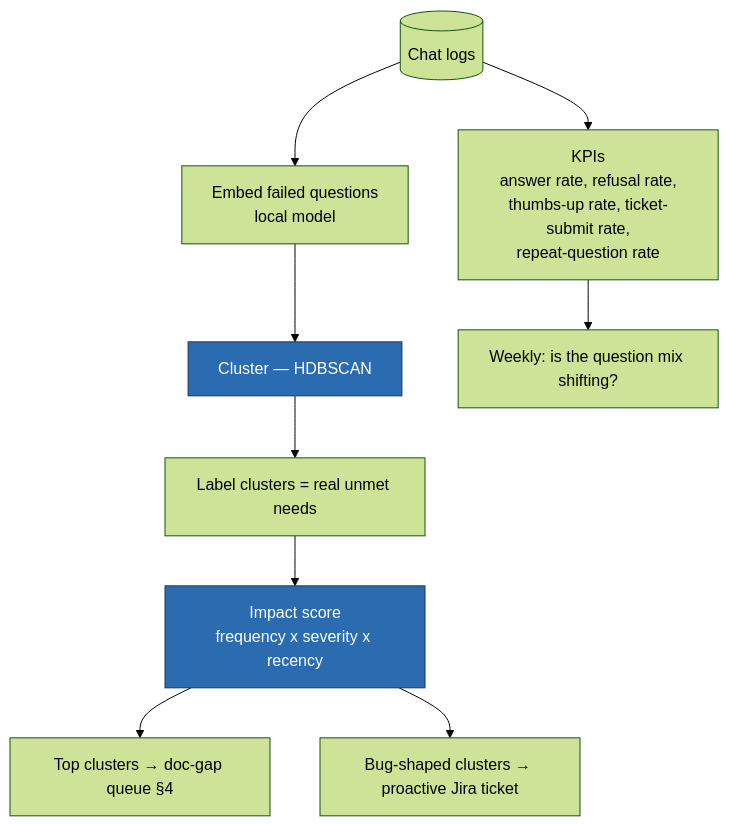
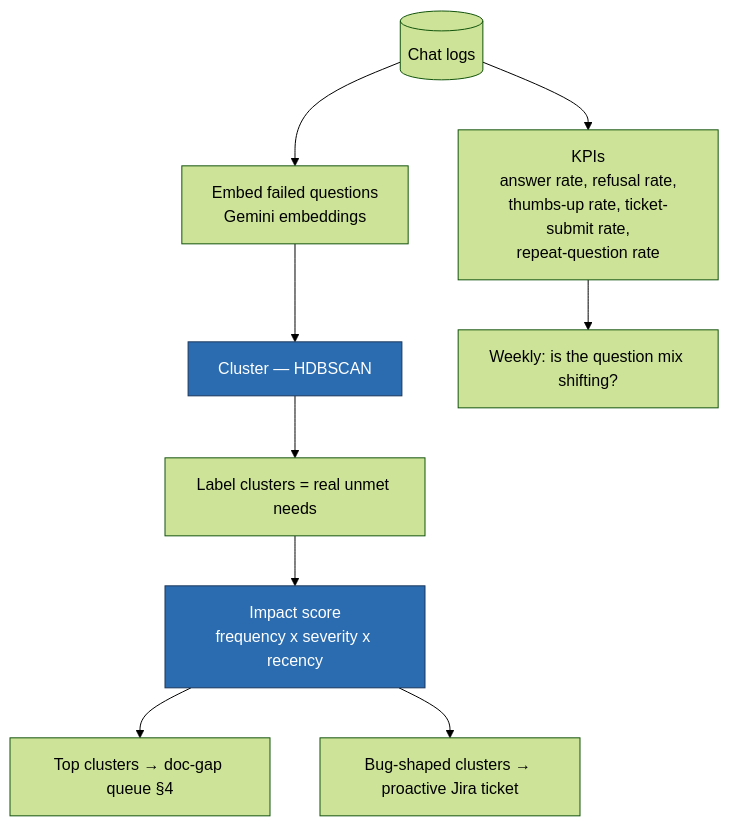
Before and after one commit to troymerales/sugbo-chatbot: the ninth of 11 diagrams in SugboDoc-Chatbot-Flowchart.md, drawn with Mermaid (forest theme). The commit also changed other lines of this file and 48 other files, not shown here.

````diff
--- a/SugboDoc-Chatbot-Flowchart.md
+++ b/SugboDoc-Chatbot-Flowchart.md
@@ -274,14 +279,14 @@
 ```mermaid
 flowchart TD
-    LOG[(Chat logs)] --> EMB[Embed failed questions<br/>local model]
+    LOG[(Chat logs)] --> EMB[Embed failed questions<br/>Gemini embeddings]
     EMB --> CLU[Cluster — HDBSCAN]
     CLU --> LBL[Label clusters = real unmet needs]
     LBL --> IMP[Impact score<br/>frequency x severity x recency]
     IMP --> B1[Top clusters → doc-gap queue §4]
     IMP --> B2[Bug-shaped clusters → proactive Jira ticket]
     LOG --> KPI[KPIs<br/>answer rate, refusal rate,<br/>thumbs-up rate, ticket-submit rate,<br/>repeat-question rate]
     KPI --> DRIFT[Weekly: is the question mix shifting?]
 
     style CLU fill:#2b6cb0,stroke:#1a365d,color:#fff
     style IMP fill:#2b6cb0,stroke:#1a365d,color:#fff
 ```
````
